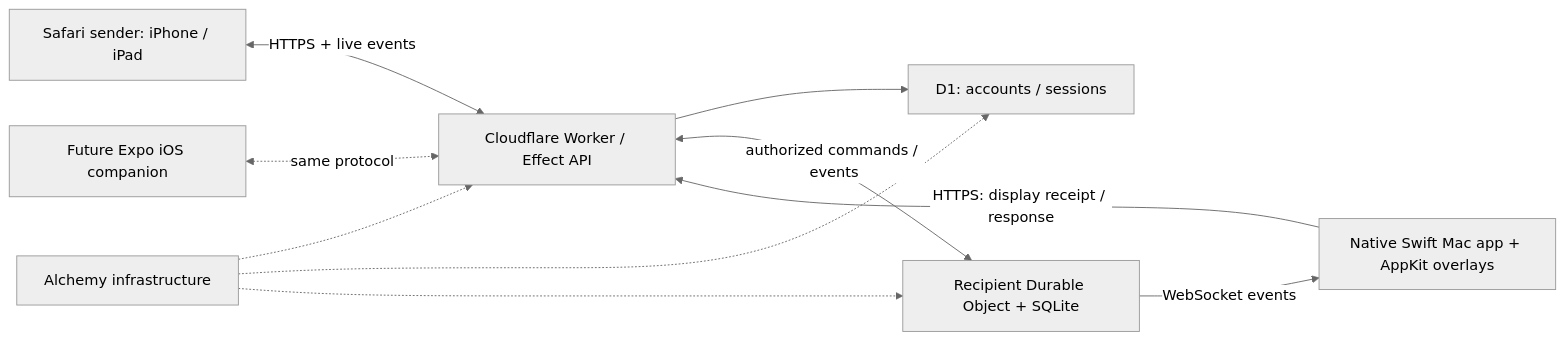
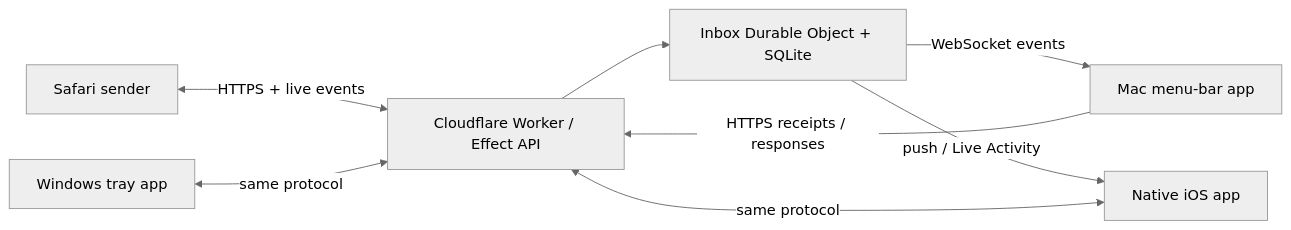
One commit to jakebodea/shouldertap changed the diagram in docs/architecture.md. Above: the diagram before and after it, drawn with Mermaid (neutral theme). The commit also changed other lines of this file and 13 other files, not shown here.

First line of the commit message:
Agent-friendly guards: protocol sync, Frame edges, lint, native CI (#53)

````diff
--- a/docs/architecture.md
+++ b/docs/architecture.md
@@ -36,12 +23,10 @@
 ```mermaid
 flowchart LR
-    Safari["Safari sender: iPhone / iPad"] <-->|"HTTPS + live events"| API["Cloudflare Worker / Effect API"]
-    Mobile["Future Expo iOS companion"] <-.->|"same protocol"| API
-    API --> Accounts["D1: accounts / sessions"]
-    API <-->|"authorized commands / events"| Inbox["Recipient Durable Object + SQLite"]
-    Inbox -->|"WebSocket events"| Mac["Native Swift Mac app + AppKit overlays"]
-    Mac -->|"HTTPS: display receipt / response"| API
-    Alchemy["Alchemy infrastructure"] -.-> API
-    Alchemy -.-> Accounts
-    Alchemy -.-> Inbox
+    Safari["Safari sender"] <-->|"HTTPS + live events"| API["Cloudflare Worker / Effect API"]
+    iOS["Native iOS app"] <-->|"same protocol"| API
+    API --> Inbox["Inbox Durable Object + SQLite"]
+    Inbox -->|"WebSocket events"| Mac["Mac menu-bar app"]
+    Inbox -->|"push / Live Activity"| iOS
+    Mac -->|"HTTPS receipts / responses"| API
+    Windows["Windows tray app"] <-->|"same protocol"| API
 ```
````
